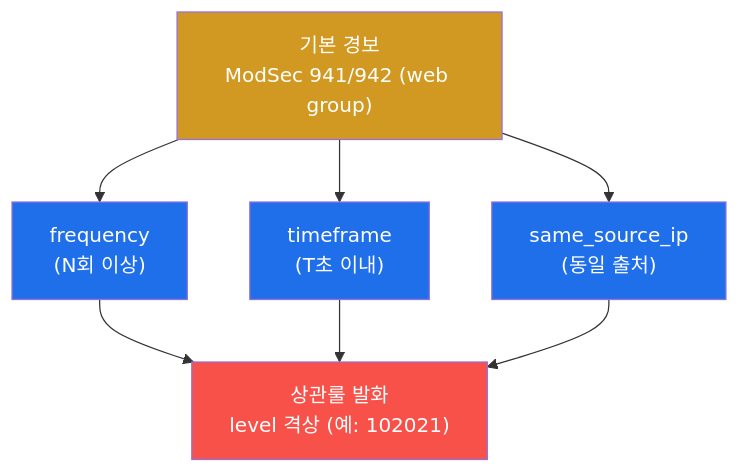
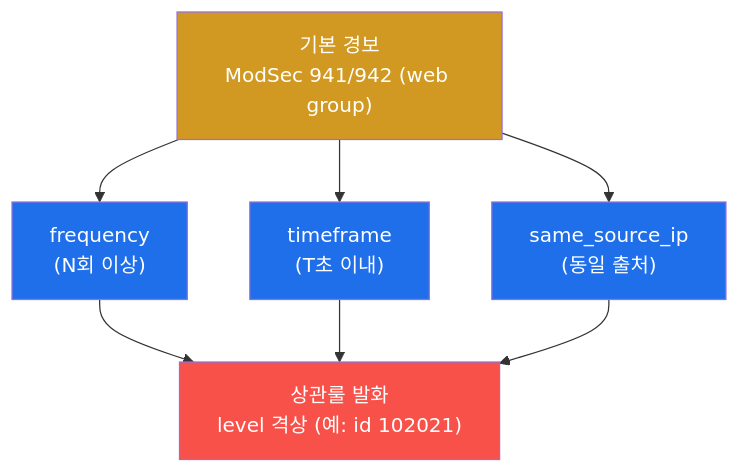
One commit to mrgrit/tw2 changed the third of 4 diagrams in contents/training/soc-adv/lecture_week02.md. Above: the diagram before and after it, drawn with Mermaid. The commit also changed other lines of this file, not shown here.

````diff
--- a/contents/training/soc-adv/lecture_week02.md
+++ b/contents/training/soc-adv/lecture_week02.md
@@ -94,16 +191,16 @@
 ```mermaid
 graph TD
     BASE["기본 경보<br/>ModSec 941/942 (web group)"]
     R1["frequency<br/>(N회 이상)"]
     R2["timeframe<br/>(T초 이내)"]
     R3["same_source_ip<br/>(동일 출처)"]
-    OUT["상관룰 발화<br/>level 격상 (예: 102021)"]
+    OUT["상관룰 발화<br/>level 격상 (예: id 102021)"]
     BASE --> R1 --> OUT
     BASE --> R2 --> OUT
     BASE --> R3 --> OUT
     style BASE fill:#d29922,color:#fff
     style R1 fill:#1f6feb,color:#fff
     style R2 fill:#1f6feb,color:#fff
     style R3 fill:#1f6feb,color:#fff
     style OUT fill:#f85149,color:#fff
 ```
````
